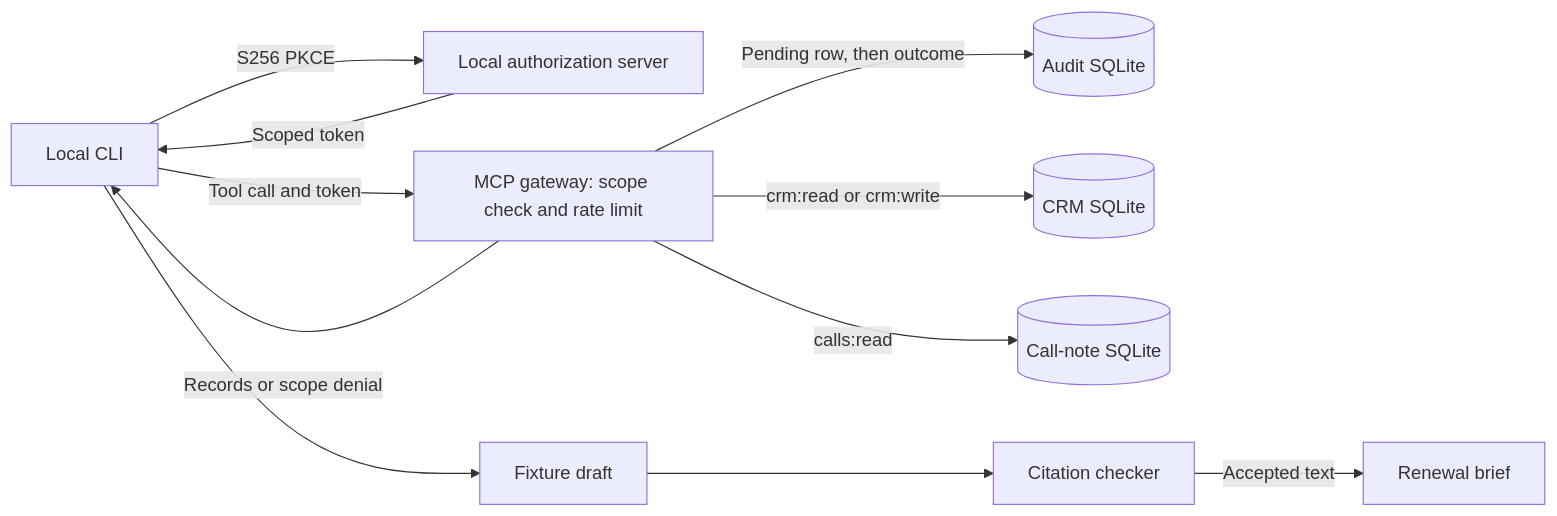
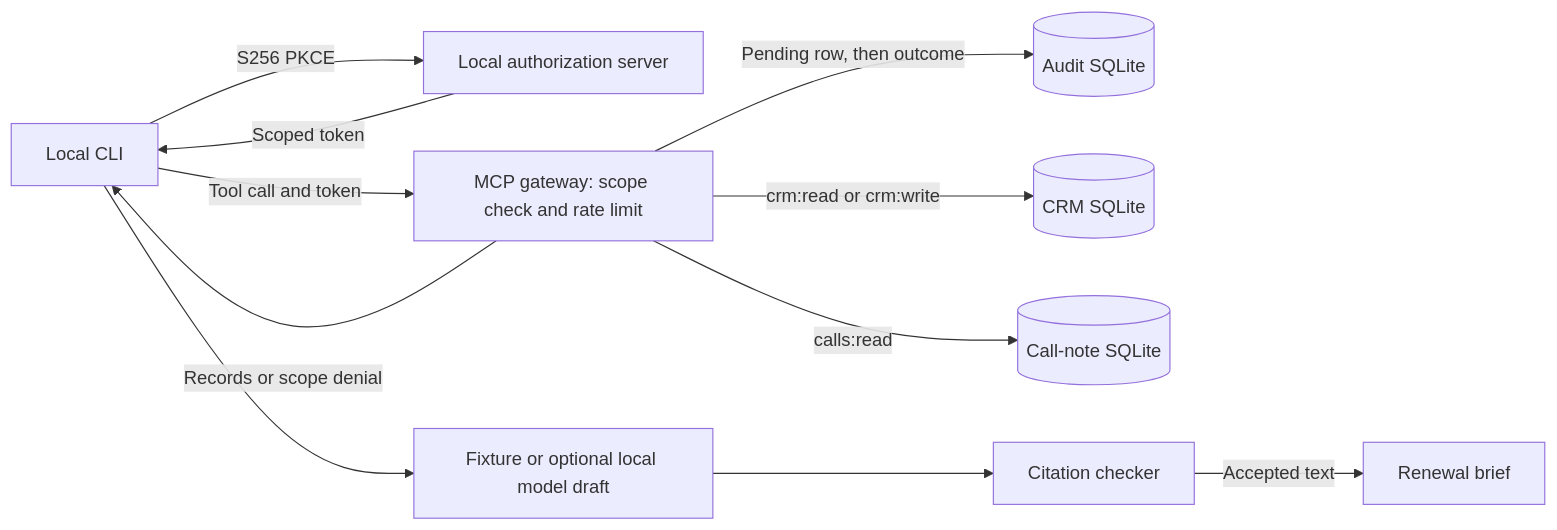
One commit to pwngh/gtm-connector changed the diagram in README.md. Above: the diagram before and after it, drawn with Mermaid. The commit also changed other lines of this file and 9 other files, not shown here.

Commit message:
docs: record the local model run and its limits

````diff
--- a/README.md
+++ b/README.md
@@ -113,13 +140,13 @@
 ```mermaid
 flowchart LR
     CLI["Local CLI"] -->|"S256 PKCE"| Auth["Local authorization server"]
     Auth -->|"Scoped token"| CLI
     CLI -->|"Tool call and token"| MCP["MCP gateway: scope check and rate limit"]
     MCP -->|"Pending row, then outcome"| Audit[("Audit SQLite")]
     MCP -->|"crm:read or crm:write"| CRM[("CRM SQLite")]
     MCP -->|"calls:read"| Calls[("Call-note SQLite")]
     MCP -->|"Records or scope denial"| CLI
-    CLI --> Draft["Fixture draft"]
+    CLI --> Draft["Fixture or optional local model draft"]
     Draft --> Check["Citation checker"]
     Check -->|"Accepted text"| Brief["Renewal brief"]
 ```
````
